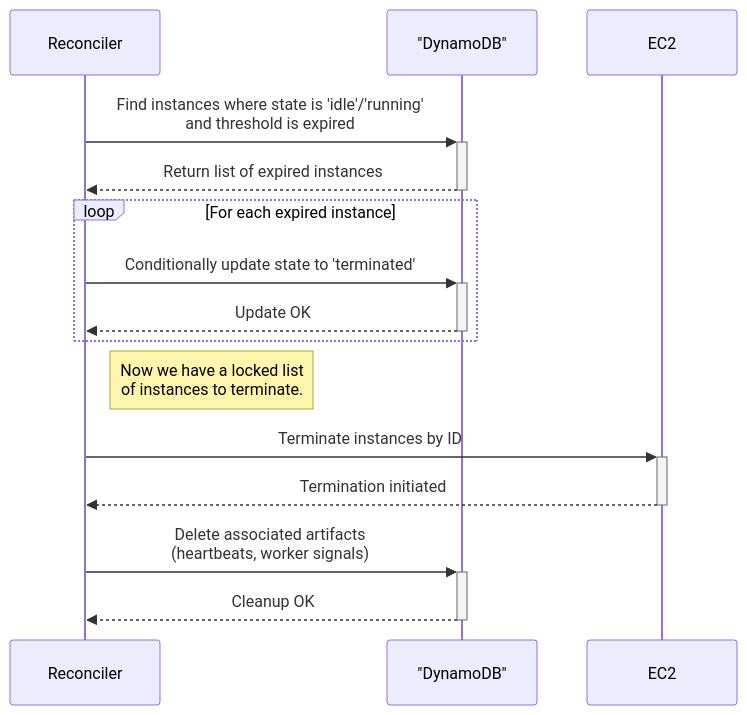
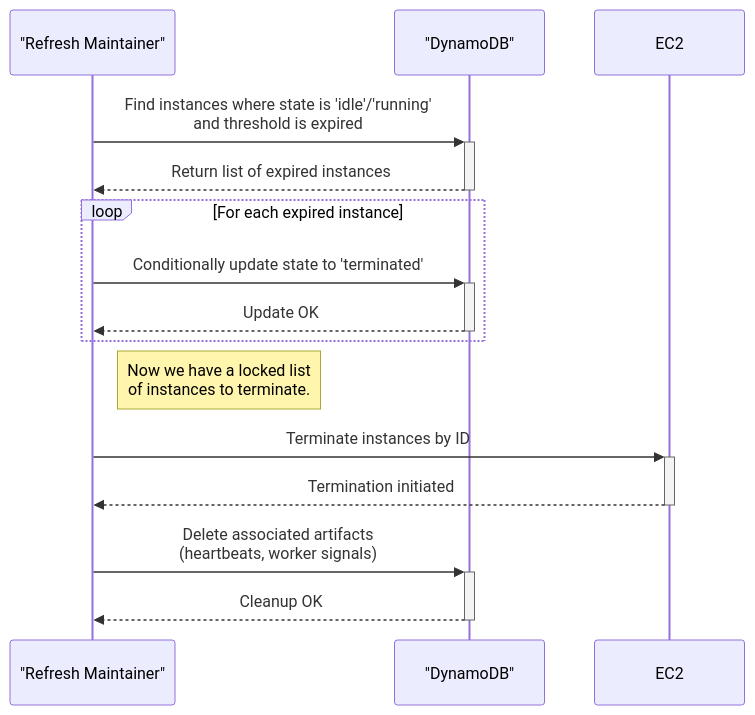
One commit to fleet-actions/ec2-runner-pool-manager changed the diagram in docs/architecture/refresh.md. Above: the diagram before and after it, drawn with Mermaid. The commit also changed other lines of this file and 1 other file, not shown here.

Commit message:
docs: refine refresh process documentation

````diff
--- a/docs/architecture/refresh.md
+++ b/docs/architecture/refresh.md
@@ -41,21 +42,21 @@
     ```mermaid
         sequenceDiagram
-            participant Reconciler
+            participant Maintainer as "Refresh Maintainer"
             participant DDB as "DynamoDB"
             participant EC2
 
-            Reconciler->>+DDB: Find instances where state is 'idle'/'running'<br>and threshold is expired
-            DDB-->>-Reconciler: Return list of expired instances
+            Maintainer->>+DDB: Find instances where state is 'idle'/'running'<br>and threshold is expired
+            DDB-->>-Maintainer: Return list of expired instances
 
             loop For each expired instance
-                Reconciler->>+DDB: Conditionally update state to 'terminated'
-                DDB-->>-Reconciler: Update OK
+                Maintainer->>+DDB: Conditionally update state to 'terminated'
+                DDB-->>-Maintainer: Update OK
             end
-            Note right of Reconciler: Now we have a locked list<br>of instances to terminate.
+            Note right of Maintainer: Now we have a locked list<br>of instances to terminate.
 
-            Reconciler->>+EC2: Terminate instances by ID
-            EC2-->>-Reconciler: Termination initiated
+            Maintainer->>+EC2: Terminate instances by ID
+            EC2-->>-Maintainer: Termination initiated
 
-            Reconciler->>+DDB: Delete associated artifacts<br>(heartbeats, worker signals)
-            DDB-->>-Reconciler: Cleanup OK
+            Maintainer->>+DDB: Delete associated artifacts<br>(heartbeats, worker signals)
+            DDB-->>-Maintainer: Cleanup OK
     ```
````
